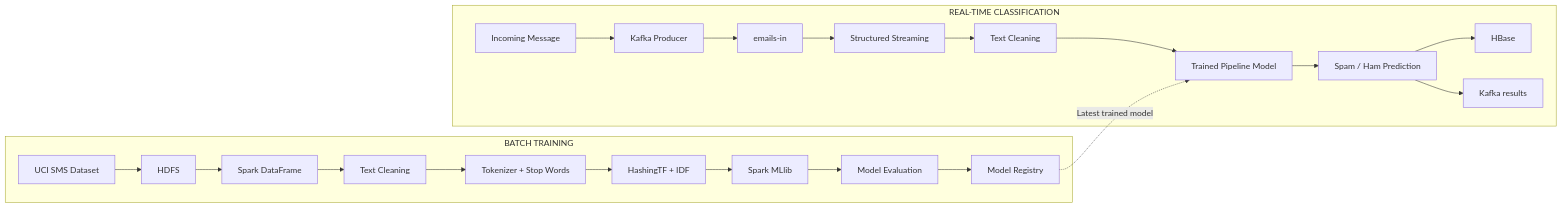
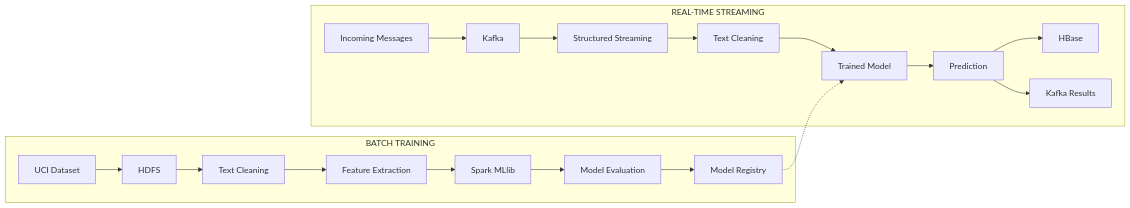
The third of 3 diagrams in README.md (Tanishq1706P/Spam-Classifier), drawn with Mermaid before and after one commit. The commit also changed other lines of this file, not shown here.

````diff
--- a/README.md
+++ b/README.md
@@ -438,26 +512,23 @@
 ```mermaid
 flowchart LR
-    subgraph BATCH["BATCH TRAINING"]
-        A["UCI SMS Dataset"] --> B["HDFS"]
-        B --> C["Spark DataFrame"]
+    subgraph B["BATCH TRAINING"]
+        A["UCI Dataset"] --> C["HDFS"]
         C --> D["Text Cleaning"]
-        D --> E["Tokenizer + Stop Words"]
-        E --> F["HashingTF + IDF"]
-        F --> G["Spark MLlib"]
-        G --> H["Model Evaluation"]
-        H --> I["Model Registry"]
+        D --> E["Feature Extraction"]
+        E --> F["Spark MLlib"]
+        F --> G["Model Evaluation"]
+        G --> H["Model Registry"]
     end
 
-    subgraph STREAM["REAL-TIME CLASSIFICATION"]
-        J["Incoming Message"] --> K["Kafka Producer"]
-        K --> L["emails-in"]
-        L --> M["Structured Streaming"]
-        M --> N["Text Cleaning"]
-        N --> O["Trained Pipeline Model"]
-        O --> P["Spam / Ham Prediction"]
-        P --> Q["HBase"]
-        P --> R["Kafka results"]
+    subgraph S["REAL-TIME STREAMING"]
+        I["Incoming Messages"] --> J["Kafka"]
+        J --> K["Structured Streaming"]
+        K --> L["Text Cleaning"]
+        L --> M["Trained Model"]
+        M --> N["Prediction"]
+        N --> O["HBase"]
+        N --> P["Kafka Results"]
     end
 
-    I -. "Latest trained model" .-> O
+    H -.-> M
 ```
````
